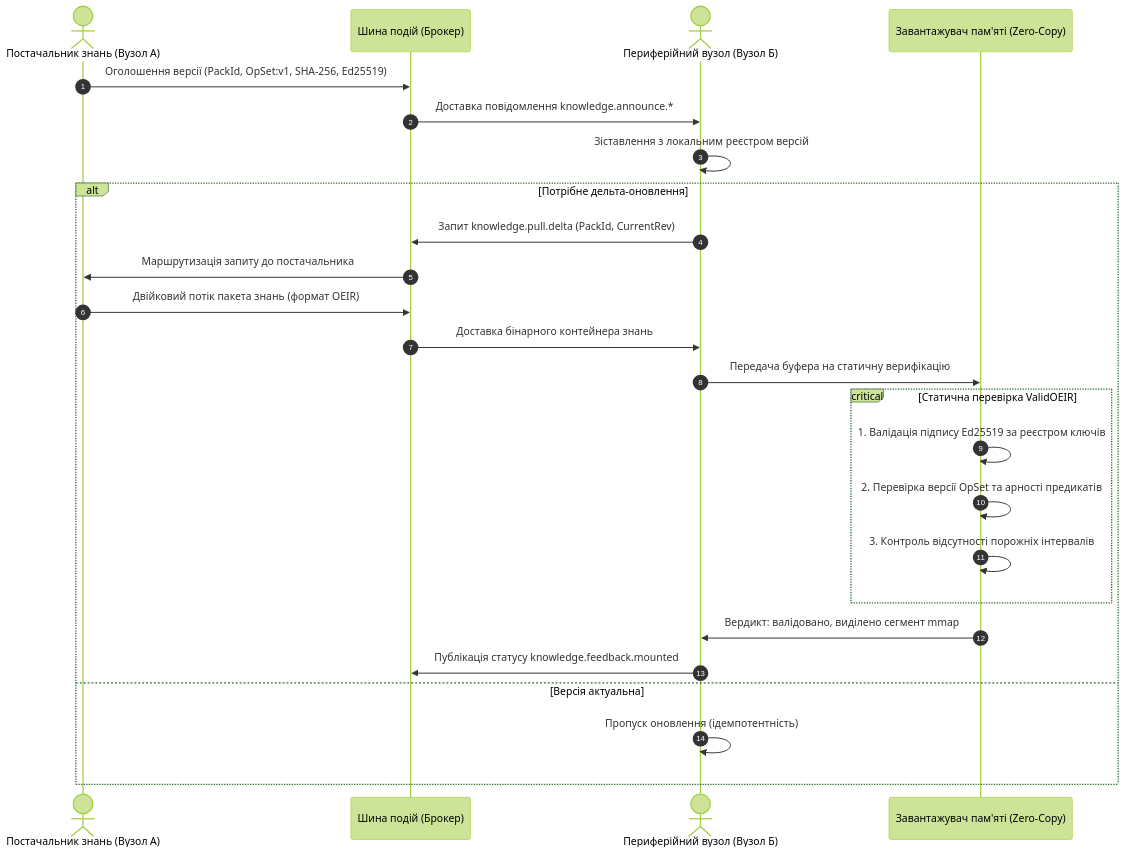
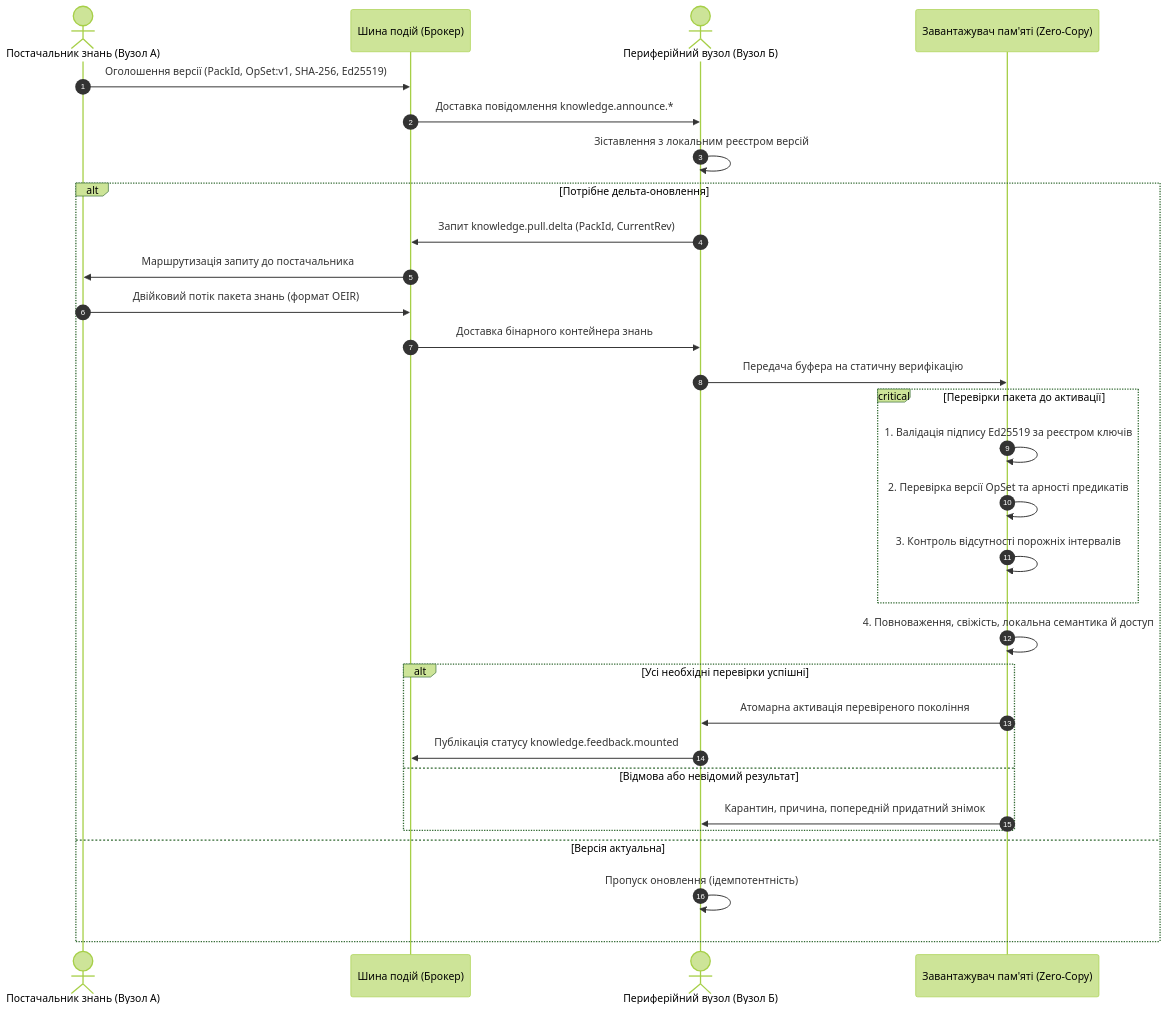
One commit to nick-fedchik/articles changed the third of 5 diagrams in ExpertSystem/ch33-inter-system-knowledge-exchange-and-model-teaching.md. Above: the diagram before and after it, drawn with Mermaid (forest theme). The commit also changed other lines of this file and 7 other files, not shown here.

````diff
--- a/ExpertSystem/ch33-inter-system-knowledge-exchange-and-model-teaching.md
+++ b/ExpertSystem/ch33-inter-system-knowledge-exchange-and-model-teaching.md
@@ -295,31 +402,36 @@
 ```mermaid
 sequenceDiagram
     accTitle: Двоспрямований протокол синхронізації знань через брокер подій
     accDescr: Послідовність анонсу, дельта-запиту, криптографічної верифікації та атомарного монтування пакета знань між розподіленими вузлами.
 
     autonumber
     actor Provider as Постачальник знань (Вузол А)
     participant Bus as Шина подій (Брокер)
     actor Consumer as Периферійний вузол (Вузол Б)
     participant Loader as Завантажувач пам'яті (Zero-Copy)
 
     Provider->>Bus: Оголошення версії (PackId, OpSet:v1, SHA-256, Ed25519)
     Bus->>Consumer: Доставка повідомлення knowledge.announce.*
     Consumer->>Consumer: Зіставлення з локальним реєстром версій
     alt Потрібне дельта-оновлення
         Consumer->>Bus: Запит knowledge.pull.delta (PackId, CurrentRev)
         Bus->>Provider: Маршрутизація запиту до постачальника
         Provider->>Bus: Двійковий потік пакета знань (формат OEIR)
         Bus->>Consumer: Доставка бінарного контейнера знань
         Consumer->>Loader: Передача буфера на статичну верифікацію
-        critical Статична перевірка ValidOEIR
+		critical Перевірки пакета до активації
             Loader->>Loader: 1. Валідація підпису Ed25519 за реєстром ключів
             Loader->>Loader: 2. Перевірка версії OpSet та арності предикатів
             Loader->>Loader: 3. Контроль відсутності порожніх інтервалів
         end
-        Loader->>Consumer: Вердикт: валідовано, виділено сегмент mmap
-        Consumer->>Bus: Публікація статусу knowledge.feedback.mounted
+		Loader->>Loader: 4. Повноваження, свіжість, локальна семантика й доступ
+		alt Усі необхідні перевірки успішні
+			Loader->>Consumer: Атомарна активація перевіреного покоління
+			Consumer->>Bus: Публікація статусу knowledge.feedback.mounted
+		else Відмова або невідомий результат
+			Loader->>Consumer: Карантин, причина, попередній придатний знімок
+		end
     else Версія актуальна
         Consumer->>Consumer: Пропуск оновлення (ідемпотентність)
     end
 ```
````
